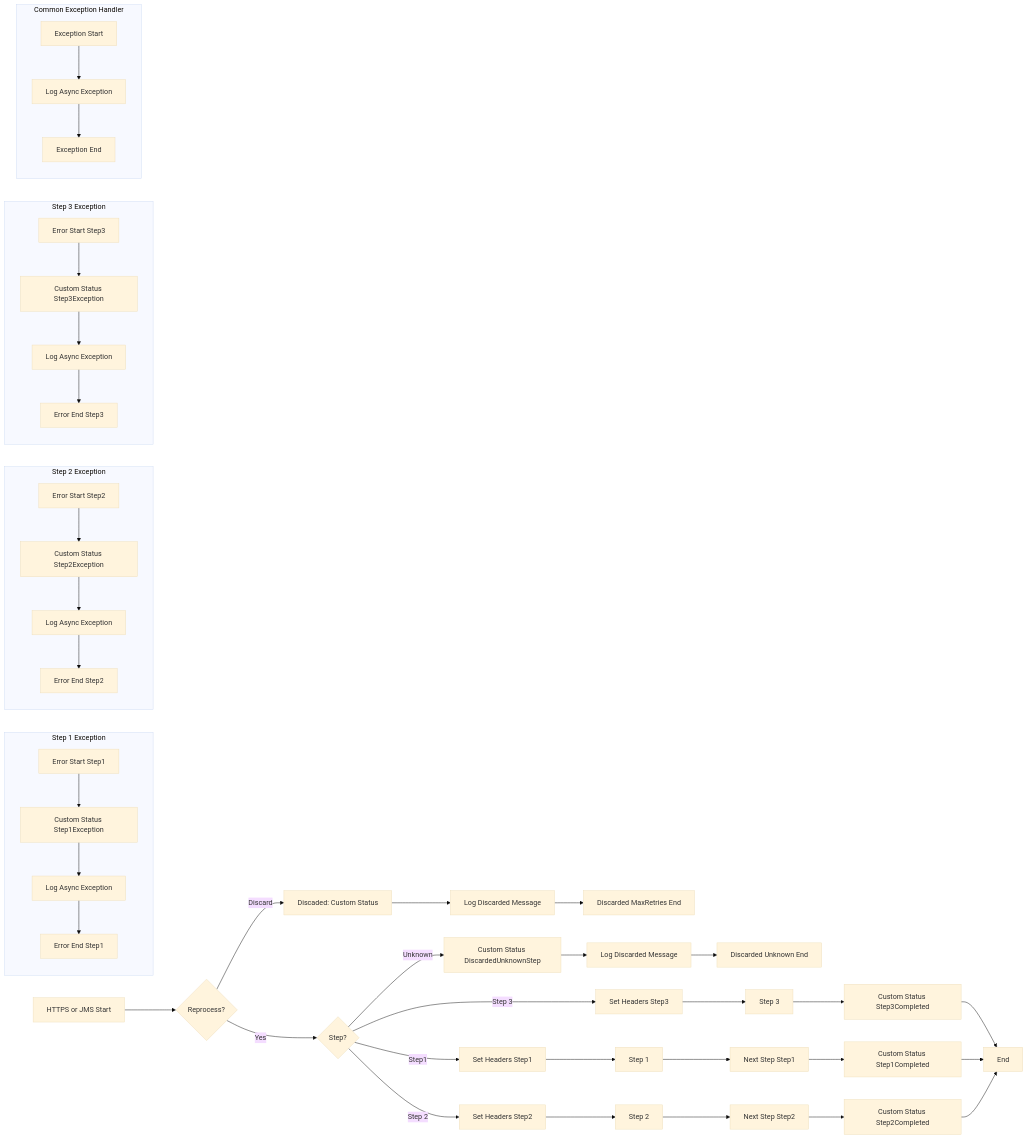
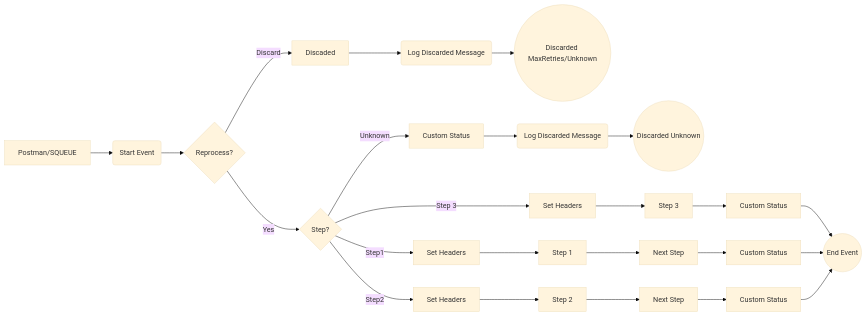
Before and after one commit to Avvale-IA-CICD/AvvaleCPI: the diagram in MMZ - Templates/SEDA_Model_-_Single_Queue_-_Restart_and_Discard-1.0.0/readme.md, drawn with Mermaid (base theme). The commit also changed other lines of this file, not shown here.

Commit message:
Add/update documentation for SEDA_Model_-_Single_Queue_-_Restart_and_Discard v1.0.0

````diff
--- a/MMZ - Templates/SEDA_Model_-_Single_Queue_-_Restart_and_Discard-1.0.0/readme.md
+++ b/MMZ - Templates/SEDA_Model_-_Single_Queue_-_Restart_and_Discard-1.0.0/readme.md
@@ -6,44 +6,26 @@
 ```mermaid
 graph LR
-    A[HTTPS or JMS Start] --> B{Reprocess?};
-    B -- Yes --> C{Step?};
-    B -- Discard --> D[Discaded: Custom Status];
-    D --> E[Log Discarded Message];
-    E --> F[Discarded MaxRetries End];
-    C -- Step1 --> G[Set Headers Step1];
-    C -- Step 2 --> H[Set Headers Step2];
-    C -- Step 3 --> I[Set Headers Step3];
-    C -- Unknown --> J[Custom Status DiscardedUnknownStep];
-    J --> K[Log Discarded Message];
-    K --> L[Discarded Unknown End];
-    G --> M[Step 1];
-    H --> N[Step 2];
-    I --> O[Step 3];
-    M --> P[Next Step Step1];
-    N --> Q[Next Step Step2];
-    O --> R[Custom Status Step3Completed];
-    R --> S[End];
-    P --> T[Custom Status Step1Completed];
-    T --> S;
-    Q --> U[Custom Status Step2Completed];
-    U --> S;
-    subgraph Step 1 Exception
-    MA[Error Start Step1] --> MB[Custom Status Step1Exception];
-    MB --> MC[Log Async Exception];
-    MC --> MD[Error End Step1];
-    end
-    subgraph Step 2 Exception
-    NA[Error Start Step2] --> NB[Custom Status Step2Exception];
-    NB --> NC[Log Async Exception];
-    NC --> ND[Error End Step2];
-    end
-    subgraph Step 3 Exception
-    OA[Error Start Step3] --> OB[Custom Status Step3Exception];
-    OB --> OC[Log Async Exception];
-    OC --> OD[Error End Step3];
-    end
-    subgraph Common Exception Handler
-    EXA[Exception Start] --> EXB[Log Async Exception];
-    EXB --> EXC[Exception End];
-    end
+    A[Postman/SQUEUE] --> B(Start Event)
+    B --> C{Reprocess?};
+    C -- Yes --> D{Step?};
+    C -- Discard --> E[Discaded];
+    E --> F(Log Discarded Message);
+    F --> G((Discarded MaxRetries/Unknown));
+    D -- Step1 --> H[Set Headers];
+    D -- Step2 --> I[Set Headers];
+    D -- Step 3 --> J[Set Headers];
+    D -- Unknown --> K[Custom Status];
+    K --> L(Log Discarded Message);
+    L --> M((Discarded Unknown));
+    H --> N[Step 1];
+    I --> O[Step 2];
+    J --> P[Step 3];
+    N --> Q[Next Step];
+    O --> R[Next Step];
+    P --> S[Custom Status];
+    S --> T((End Event));
+    Q --> U[Custom Status];
+    U --> T;
+    R --> V[Custom Status];
+    V --> T;
 ```
````
